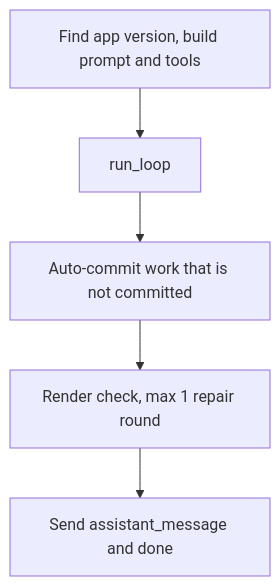
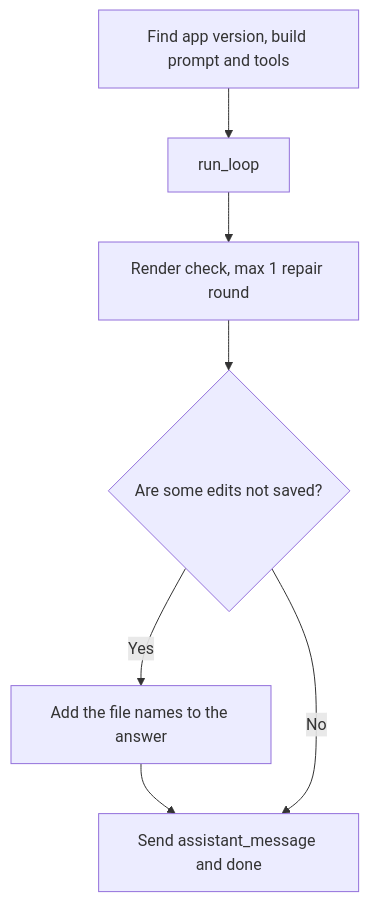
One commit to Altinn/altinn-studio changed the fifth of 6 diagrams in src/AI/assistant/docs/modules/graph.md. Above: the diagram before and after it, drawn with Mermaid. The commit also changed other lines of this file and 16 other files, not shown here.

Commit message:
fix(assistant): keep no unsaved edits between messages (#21862)

````diff
--- a/src/AI/assistant/docs/modules/graph.md
+++ b/src/AI/assistant/docs/modules/graph.md
@@ -92,7 +93,9 @@
 ```mermaid
 flowchart TD
   A["Find app version, build prompt and tools"] --> B["run_loop"]
-  B --> C["Auto-commit work that is not committed"]
-  C --> D["Render check, max 1 repair round"]
-  D --> E["Send assistant_message and done"]
+  B --> D["Render check, max 1 repair round"]
+  D --> U{"Are some edits not saved?"}
+  U -->|Yes| S["Add the file names to the answer"]
+  S --> E["Send assistant_message and done"]
+  U -->|No| E
 ```
````
